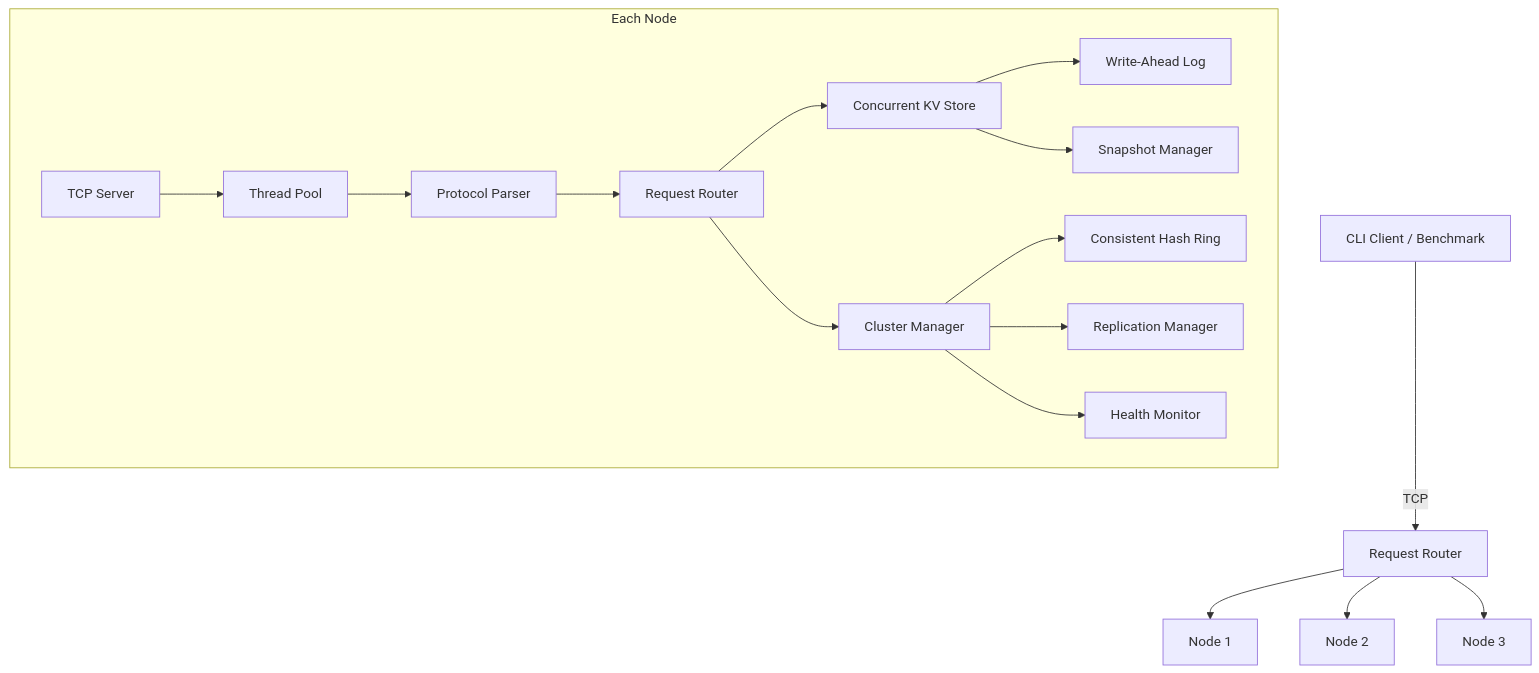
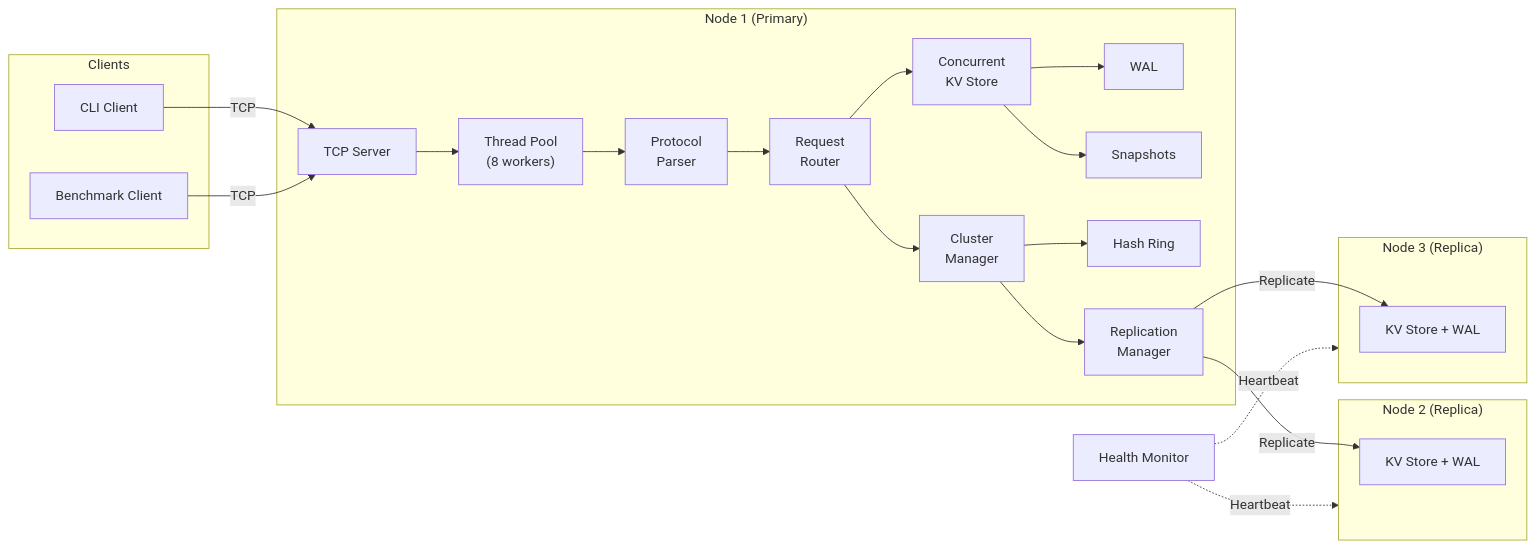
One commit to santhosh-goparaju/Distributed-Key-Value-Storage-System changed the diagram in README.md. Above: the diagram before and after it, drawn with Mermaid. The commit also changed other lines of this file and 1 other file, not shown here.

First line of the commit message:
docs: Professional README with architecture, benchmarks, usage, and differentiation

````diff
--- a/README.md
+++ b/README.md
@@ -9,20 +50,34 @@
 ```mermaid
-graph TB
-    Client["CLI Client / Benchmark"] -->|TCP| LB["Request Router"]
-    LB --> Node1["Node 1"]
-    LB --> Node2["Node 2"]
-    LB --> Node3["Node 3"]
-    
-    subgraph Node["Each Node"]
-        TCP["TCP Server"] --> TP["Thread Pool"]
-        TP --> Proto["Protocol Parser"]
-        Proto --> Router["Request Router"]
-        Router --> Store["Concurrent KV Store"]
-        Router --> CM["Cluster Manager"]
-        Store --> WAL["Write-Ahead Log"]
-        Store --> Snap["Snapshot Manager"]
-        CM --> Hash["Consistent Hash Ring"]
-        CM --> Rep["Replication Manager"]
-        CM --> HM["Health Monitor"]
+graph LR
+    subgraph Clients
+        CLI["CLI Client"]
+        Bench["Benchmark Client"]
     end
+
+    subgraph Node1["Node 1 (Primary)"]
+        TCP1["TCP Server"] --> TP1["Thread Pool<br/>(8 workers)"]
+        TP1 --> P1["Protocol<br/>Parser"]
+        P1 --> R1["Request<br/>Router"]
+        R1 --> KV1["Concurrent<br/>KV Store"]
+        KV1 --> WAL1["WAL"]
+        KV1 --> SNAP1["Snapshots"]
+        R1 --> CM1["Cluster<br/>Manager"]
+        CM1 --> HR["Hash Ring"]
+        CM1 --> RM["Replication<br/>Manager"]
+    end
+
+    subgraph Node2["Node 2 (Replica)"]
+        KV2["KV Store + WAL"]
+    end
+
+    subgraph Node3["Node 3 (Replica)"]
+        KV3["KV Store + WAL"]
+    end
+
+    CLI -->|TCP| TCP1
+    Bench -->|TCP| TCP1
+    RM -->|Replicate| KV2
+    RM -->|Replicate| KV3
+    HM["Health Monitor"] -.->|Heartbeat| Node2
+    HM -.->|Heartbeat| Node3
 ```
````
